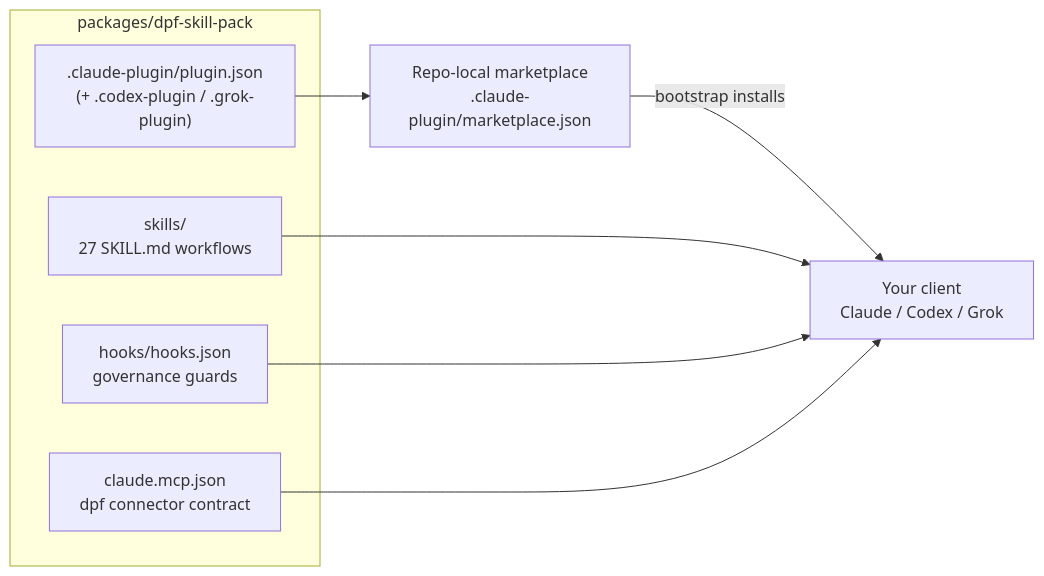
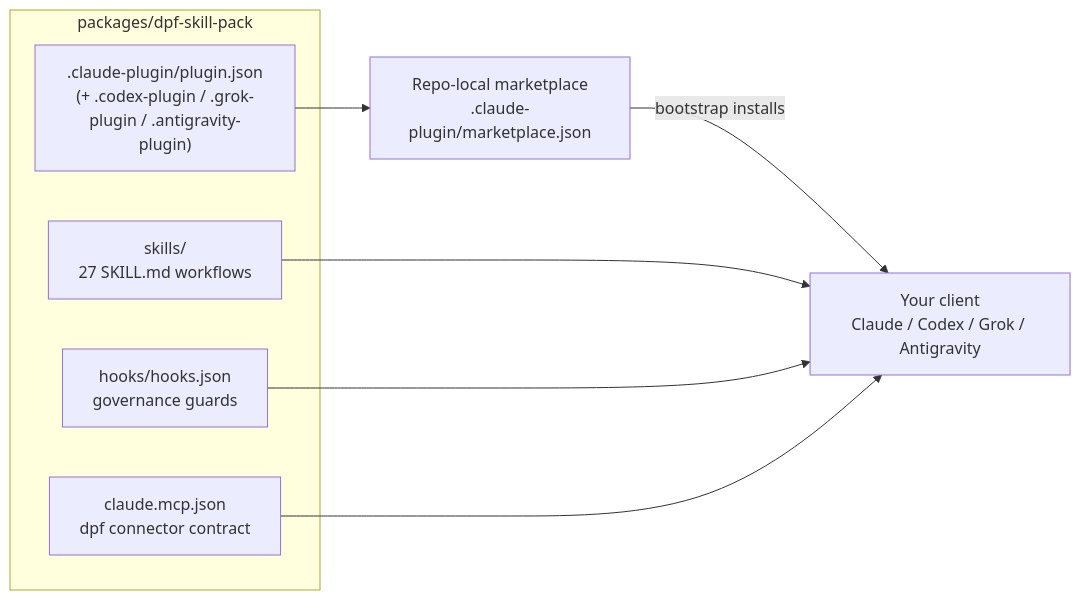
The second of 4 diagrams in docs/user-guide/getting-started/agent-dev-environments.md (OpenDigitalProductFactory/opendigitalproductfactory), drawn with Mermaid before and after one commit. The commit also changed other lines of this file and 4 other files, not shown here.

````diff
--- a/docs/user-guide/getting-started/agent-dev-environments.md
+++ b/docs/user-guide/getting-started/agent-dev-environments.md
@@ -146,18 +149,18 @@
 ```mermaid
 flowchart LR
     subgraph pkg["packages/dpf-skill-pack"]
-        manifest[".claude-plugin/plugin.json<br/>(+ .codex-plugin / .grok-plugin)"]
+        manifest[".claude-plugin/plugin.json<br/>(+ .codex-plugin / .grok-plugin / .antigravity-plugin)"]
         sk["skills/<br/>27 SKILL.md workflows"]
         hk["hooks/hooks.json<br/>governance guards"]
         mc["claude.mcp.json<br/>dpf connector contract"]
     end
 
     market["Repo-local marketplace<br/>.claude-plugin/marketplace.json"]
-    client["Your client<br/>Claude / Codex / Grok"]
+    client["Your client<br/>Claude / Codex / Grok / Antigravity"]
 
     manifest --> market
     market -->|bootstrap installs| client
     sk --> client
     hk --> client
     mc --> client
 ```
````
